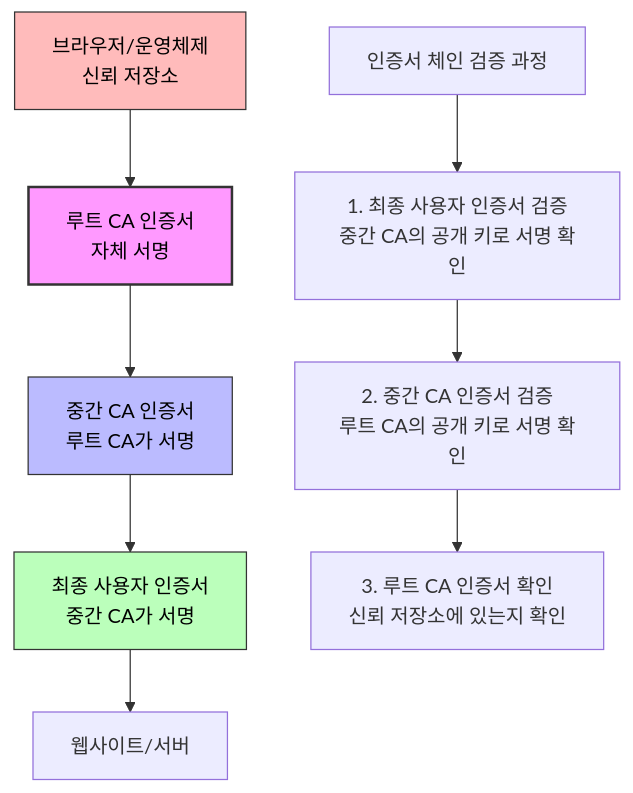
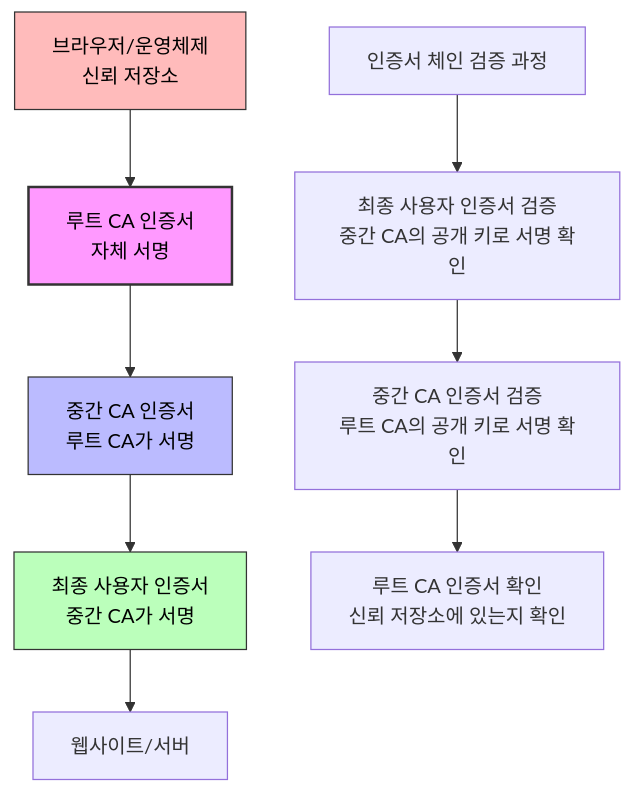
One commit to KalGookSoo/network-basic changed the fourth of 5 diagrams in chapters/07-2_security_technology.md. Above: the diagram before and after it, drawn with Mermaid.

Commit message:
fix: 인증서 체인 검증 과정 텍스트 파싱 에러 수정

````diff
--- a/chapters/07-2_security_technology.md
+++ b/chapters/07-2_security_technology.md
@@ -174,16 +174,16 @@
 ```mermaid
 graph TD
     A[브라우저/운영체제<br>신뢰 저장소] --> B[루트 CA 인증서<br>자체 서명]
     B --> C[중간 CA 인증서<br>루트 CA가 서명]
     C --> D[최종 사용자 인증서<br>중간 CA가 서명]
     D --> E[웹사이트/서버]
 
-    F[인증서 체인 검증 과정] --> G[1. 최종 사용자 인증서 검증<br>중간 CA의 공개 키로 서명 확인]
-    G --> H[2. 중간 CA 인증서 검증<br>루트 CA의 공개 키로 서명 확인]
-    H --> I[3. 루트 CA 인증서 확인<br>신뢰 저장소에 있는지 확인]
+    F[인증서 체인 검증 과정] --> G[최종 사용자 인증서 검증<br>중간 CA의 공개 키로 서명 확인]
+    G --> H[중간 CA 인증서 검증<br>루트 CA의 공개 키로 서명 확인]
+    H --> I[루트 CA 인증서 확인<br>신뢰 저장소에 있는지 확인]
 
     style B fill:#f9f, stroke:#333, stroke-width:2px, color:#000
     style C fill:#bbf, stroke:#333, stroke-width:1px, color:#000
     style D fill:#bfb, stroke:#333, stroke-width:1px, color:#000
     style A fill:#fbb, stroke:#333, stroke-width:1px, color:#000
 ```
````
